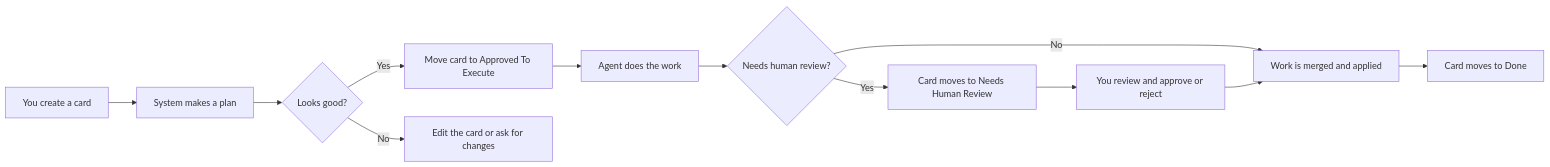
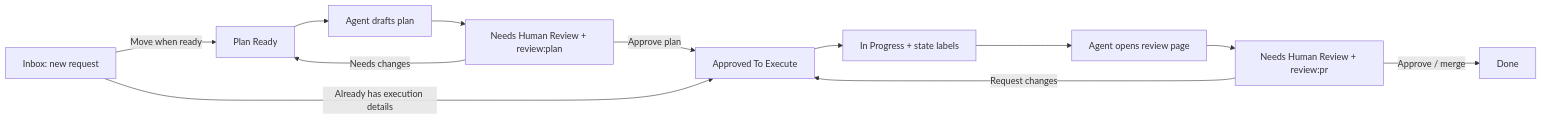
One commit to ivierlin27/homelab-control changed the first of 4 diagrams in docs/HUMAN_INTERFACES.md. Above: the diagram before and after it, drawn with Mermaid. The commit also changed other lines of this file and 5 other files, not shown here.

First line of the commit message:
Document and implement simplified Planka planning flow.

````diff
--- a/docs/HUMAN_INTERFACES.md
+++ b/docs/HUMAN_INTERFACES.md
@@ -51,14 +64,14 @@
 ```mermaid
 flowchart LR
-    A[You create a card] --> B[System makes a plan]
-    B --> C{Looks good?}
-    C -->|Yes| D[Move card to Approved To Execute]
-    C -->|No| E[Edit the card or ask for changes]
-    D --> F[Agent does the work]
-    F --> G{Needs human review?}
-    G -->|No| H[Work is merged and applied]
-    G -->|Yes| I[Card moves to Needs Human Review]
-    I --> J[You review and approve or reject]
-    J --> H
-    H --> K[Card moves to Done]
+    A[Inbox: new request] -->|Move when ready| B[Plan Ready]
+    B --> C[Agent drafts plan]
+    C --> D[Needs Human Review + review:plan]
+    D -->|Approve plan| E[Approved To Execute]
+    D -->|Needs changes| B
+    E --> F[In Progress + state labels]
+    F --> G[Agent opens review page]
+    G --> H[Needs Human Review + review:pr]
+    H -->|Approve / merge| I[Done]
+    H -->|Request changes| E
+    A -->|Already has execution details| E
 ```
````
